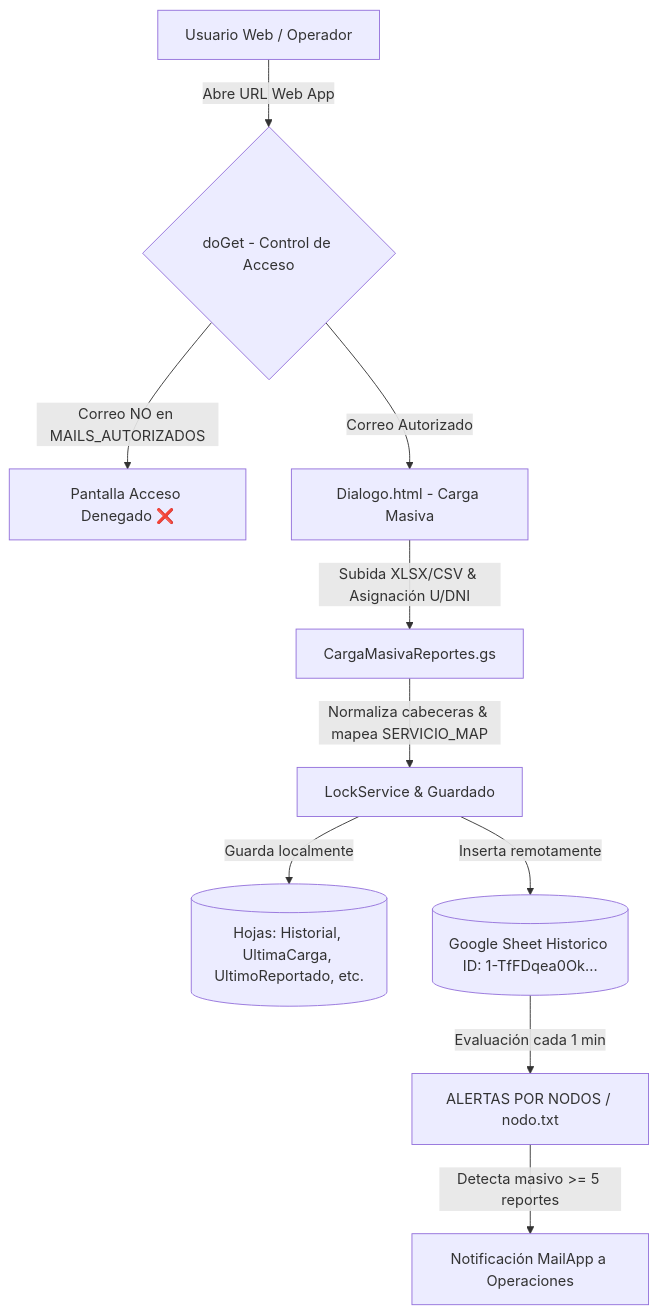
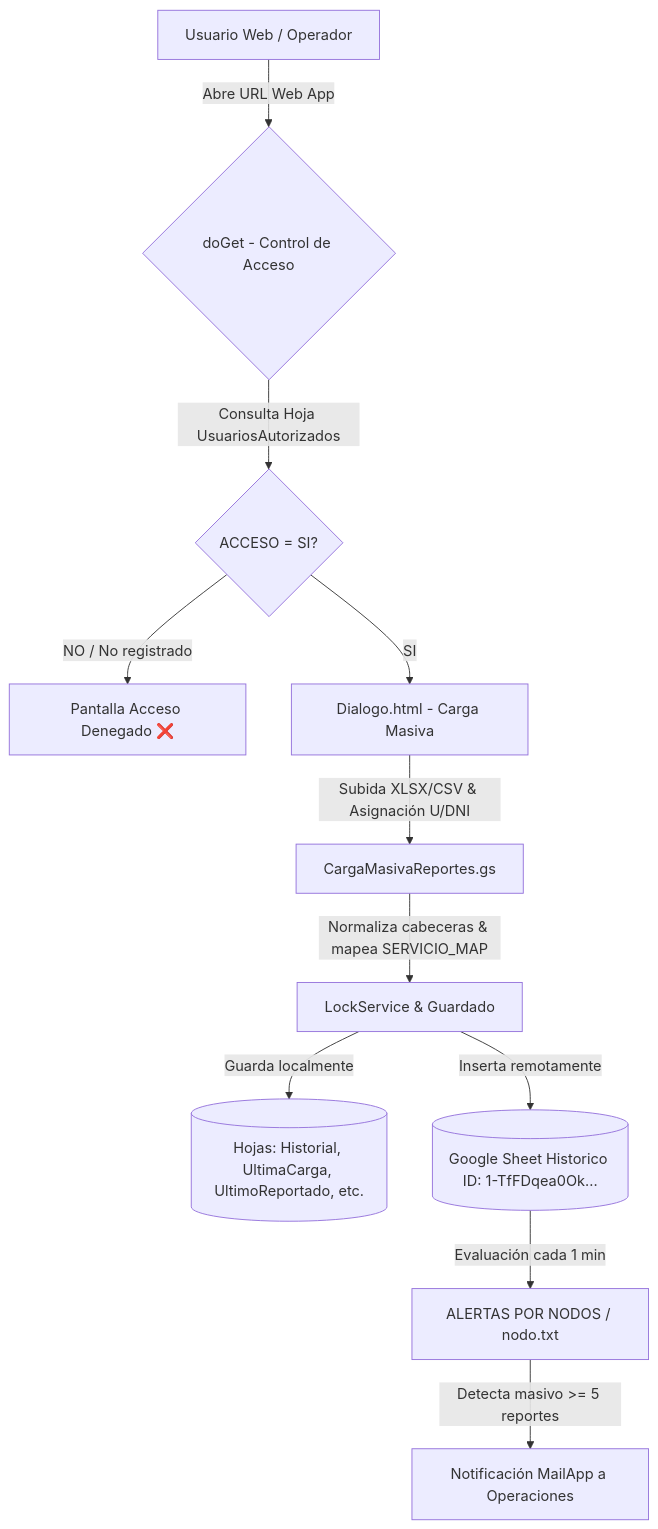
The diagram in README.md (Migueerm/proyecto-nodos-anexo-padin), drawn with Mermaid before and after one commit. The commit also changed other lines of this file and 2 other files, not shown here.

Commit message:
feat: implementacion de autorizaciones dinamicas via hoja UsuariosAutorizados con desplegable SI/NO

````diff
--- a/README.md
+++ b/README.md
@@ -9,12 +9,13 @@
 ```mermaid
 flowchart TD
     A[Usuario Web / Operador] -->|Abre URL Web App| B{doGet - Control de Acceso}
-    B -->|Correo NO en MAILS_AUTORIZADOS| C[Pantalla Acceso Denegado ❌]
-    B -->|Correo Autorizado| D[Dialogo.html - Carga Masiva]
-    D -->|Subida XLSX/CSV & Asignación U/DNI| E[CargaMasivaReportes.gs]
-    E -->|Normaliza cabeceras & mapea SERVICIO_MAP| F[LockService & Guardado]
-    F -->|Guarda localmente| G[(Hojas: Historial, UltimaCarga, UltimoReportado, etc.)]
-    F -->|Inserta remotamente| H[(Google Sheet Historico ID: 1-TfFDqea0Ok...)]
-    H -->|Evaluación cada 1 min| I[ALERTAS POR NODOS / nodo.txt]
-    I -->|Detecta masivo >= 5 reportes| J[Notificación MailApp a Operaciones]
+    B -->|Consulta Hoja UsuariosAutorizados| C{ACCESO = SI?}
+    C -->|NO / No registrado| D[Pantalla Acceso Denegado ❌]
+    C -->|SI| E[Dialogo.html - Carga Masiva]
+    E -->|Subida XLSX/CSV & Asignación U/DNI| F[CargaMasivaReportes.gs]
+    F -->|Normaliza cabeceras & mapea SERVICIO_MAP| G[LockService & Guardado]
+    G -->|Guarda localmente| H[(Hojas: Historial, UltimaCarga, UltimoReportado, etc.)]
+    G -->|Inserta remotamente| I[(Google Sheet Historico ID: 1-TfFDqea0Ok...)]
+    I -->|Evaluación cada 1 min| J[ALERTAS POR NODOS / nodo.txt]
+    J -->|Detecta masivo >= 5 reportes| K[Notificación MailApp a Operaciones]
 ```
````
